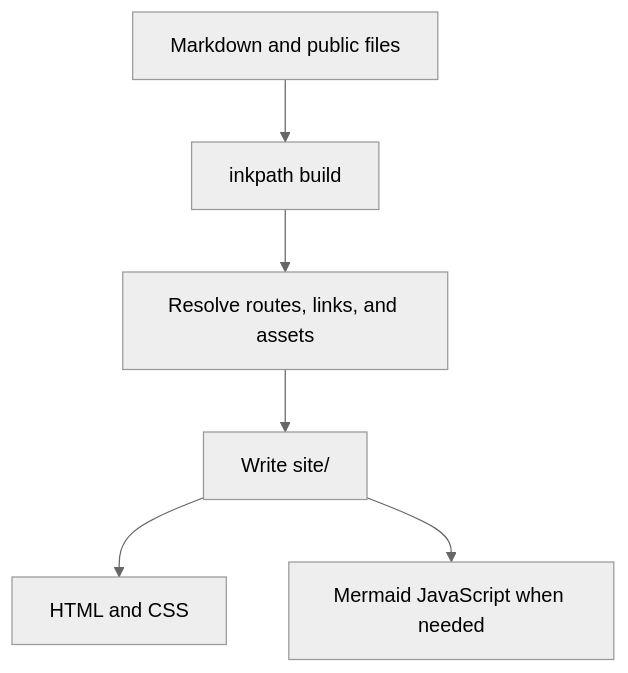
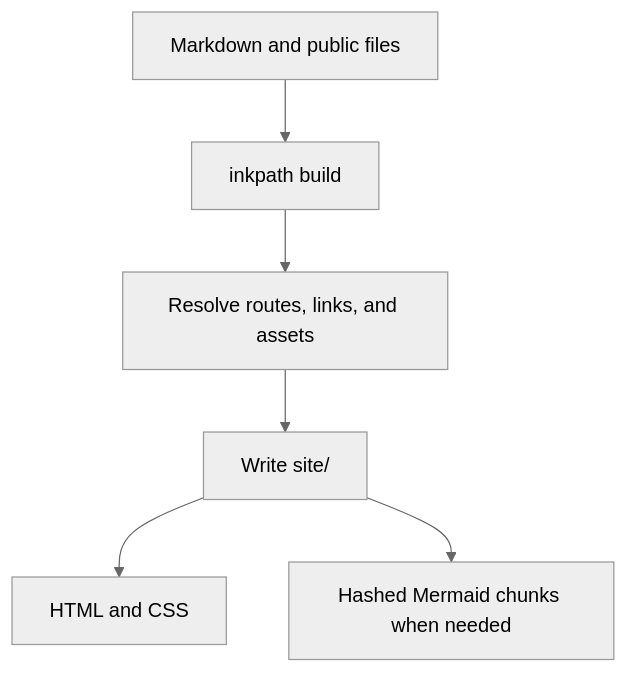
Before and after one commit to iamrajjoshi/inkpath: the diagram in website/content/INDEX.md, drawn with Mermaid (neutral theme). The commit also changed other lines of this file and 24 other files, not shown here.

````diff
--- a/website/content/INDEX.md
+++ b/website/content/INDEX.md
@@ -48,10 +54,10 @@
 ```mermaid
 flowchart TB
   accTitle: How Inkpath builds a site
-  accDescr: Inkpath reads Markdown and public files, validates the content graph, and writes HTML, CSS, assets, and Mermaid JavaScript when a page contains a diagram.
+  accDescr: Inkpath reads Markdown and public files, validates the content graph, and writes HTML, CSS, assets, and split Mermaid chunks when a page contains a diagram.
   source["Markdown and public files"] --> build["inkpath build"]
   build --> validate["Resolve routes, links, and assets"]
   validate --> site["Write site/"]
   site --> pages["HTML and CSS"]
-  site --> diagrams["Mermaid JavaScript when needed"]
+  site --> diagrams["Hashed Mermaid chunks when needed"]
 ```
````
